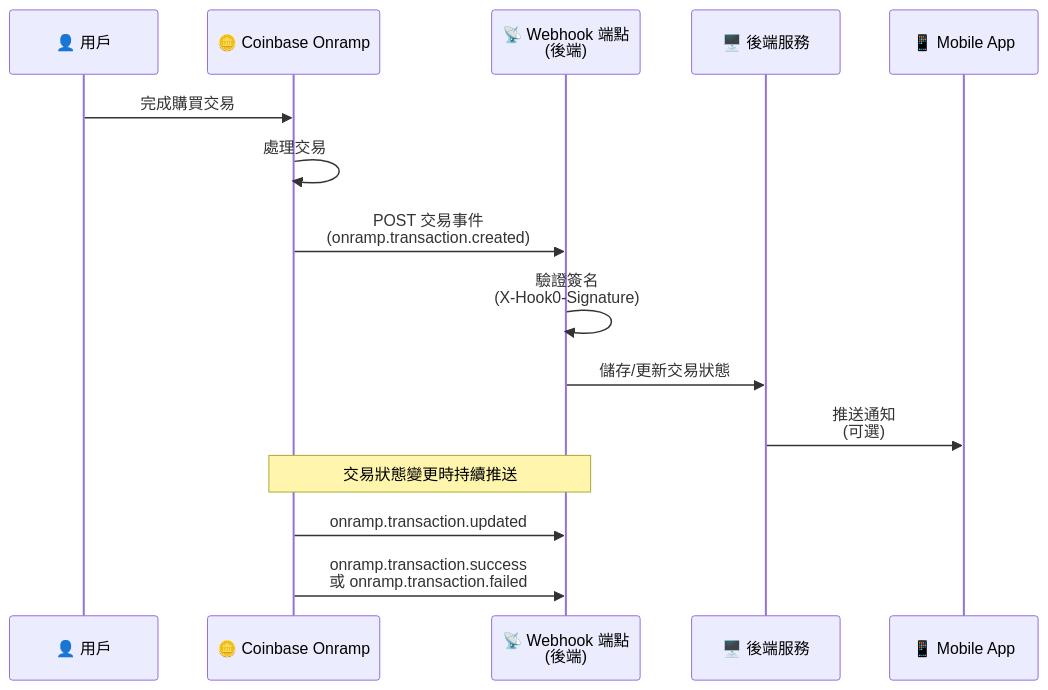
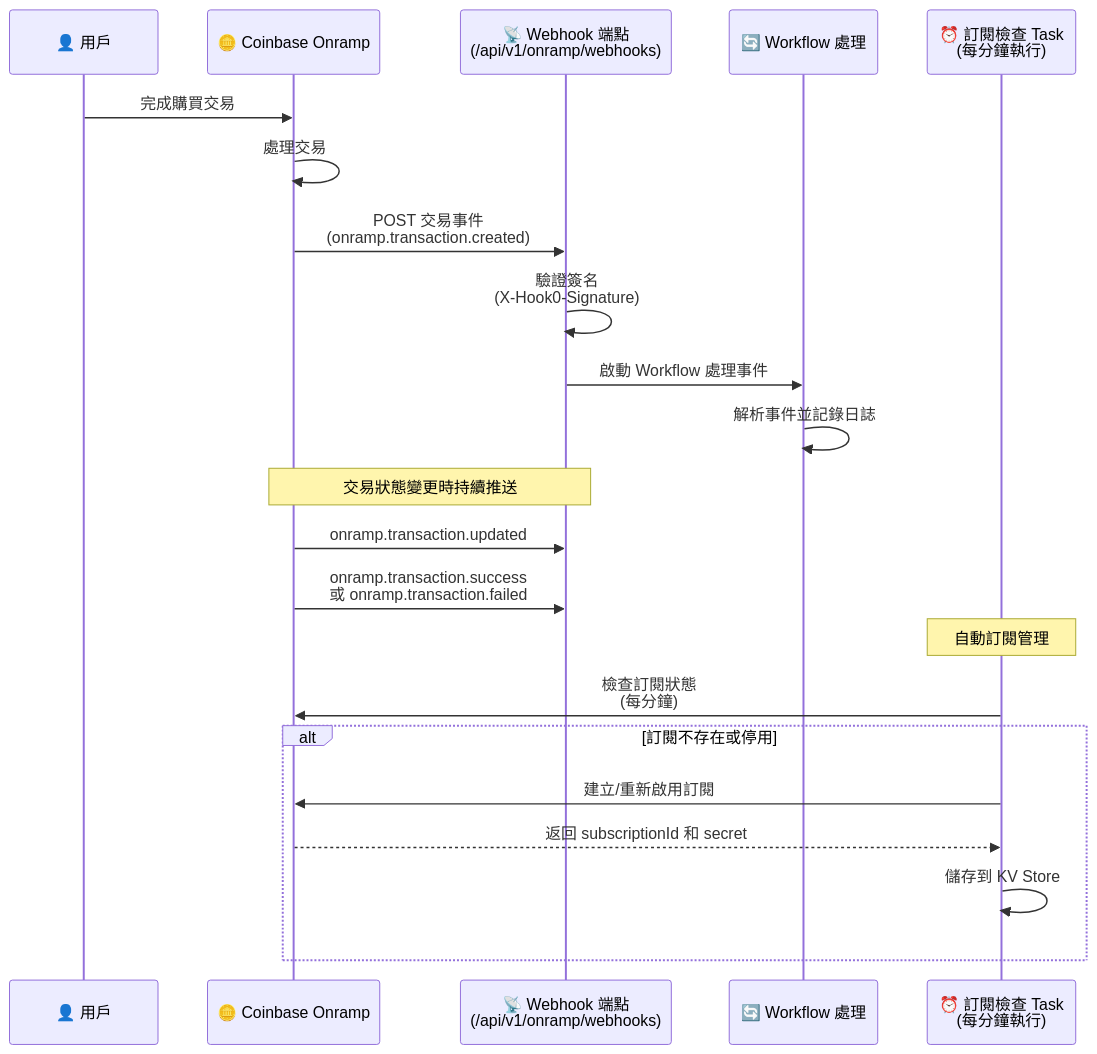
The third of 3 diagrams in README.md (Chia1104/coinbase-onramp-demo), drawn with Mermaid before and after one commit. The commit also changed other lines of this file, not shown here.

Commit message:
docs: update webhook docs

````diff
--- a/README.md
+++ b/README.md
@@ -131,19 +129,27 @@
 ```mermaid
 sequenceDiagram
     participant User as 👤 用戶
     participant Coinbase as 🪙 Coinbase Onramp
-    participant Webhook as 📡 Webhook 端點<br/>(後端)
-    participant Backend as 🖥️ 後端服務
-    participant Mobile as 📱 Mobile App
+    participant Webhook as 📡 Webhook 端點<br/>(/api/v1/onramp/webhooks)
+    participant Workflow as 🔄 Workflow 處理
+    participant Task as ⏰ 訂閱檢查 Task<br/>(每分鐘執行)
 
     User->>Coinbase: 完成購買交易
     Coinbase->>Coinbase: 處理交易
     Coinbase->>Webhook: POST 交易事件<br/>(onramp.transaction.created)
     Webhook->>Webhook: 驗證簽名<br/>(X-Hook0-Signature)
-    Webhook->>Backend: 儲存/更新交易狀態
-    Backend->>Mobile: 推送通知<br/>(可選)
+    Webhook->>Workflow: 啟動 Workflow 處理事件
+    Workflow->>Workflow: 解析事件並記錄日誌
 
     Note over Coinbase,Webhook: 交易狀態變更時持續推送
     Coinbase->>Webhook: onramp.transaction.updated
     Coinbase->>Webhook: onramp.transaction.success<br/>或 onramp.transaction.failed
+
+    Note over Task: 自動訂閱管理
+    Task->>Coinbase: 檢查訂閱狀態<br/>(每分鐘)
+    alt 訂閱不存在或停用
+        Task->>Coinbase: 建立/重新啟用訂閱
+        Coinbase-->>Task: 返回 subscriptionId 和 secret
+        Task->>Task: 儲存到 KV Store
+    end
 ```
````
